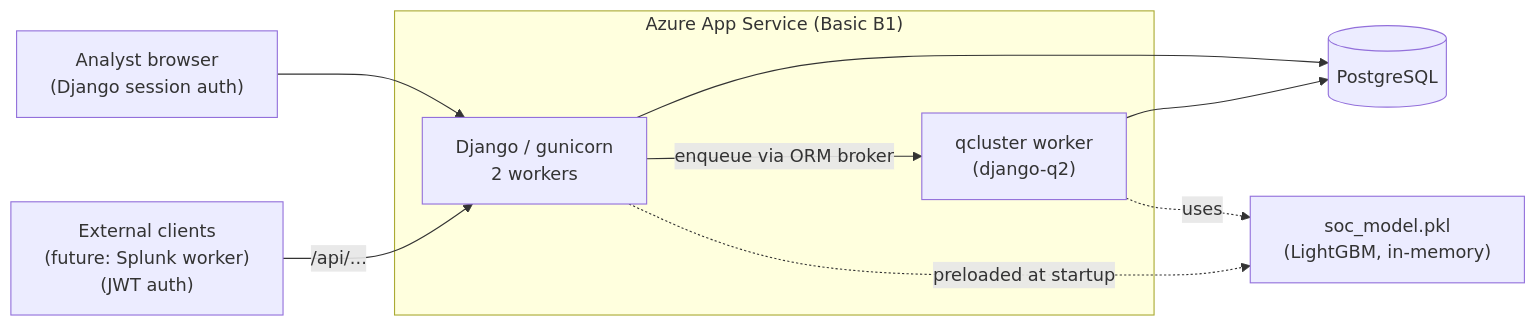
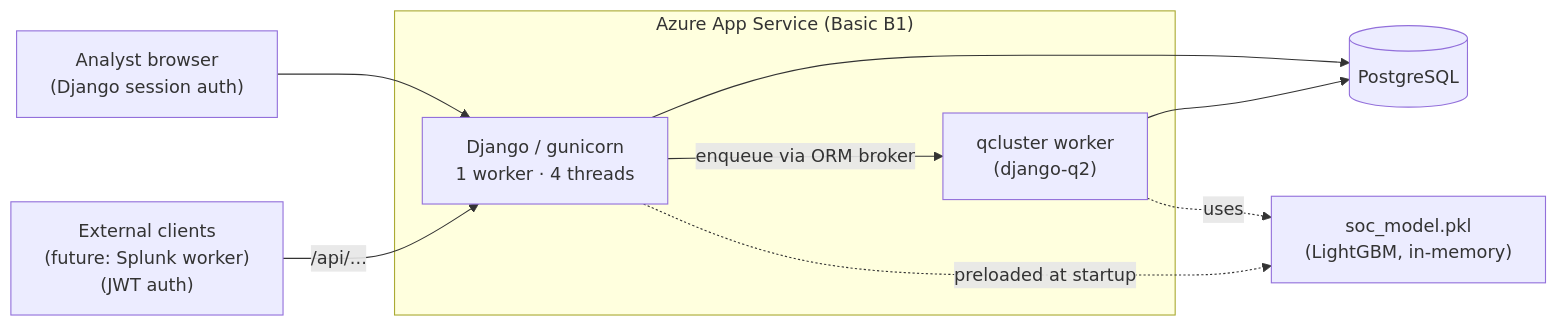
Before and after one commit to Carlou134/soc-alert-prioritization-ml: the first of 3 diagrams in docs/architecture.md, drawn with Mermaid. The commit also changed other lines of this file, not shown here.

Commit message:
docs(architecture): correct gunicorn worker count

````diff
--- a/docs/architecture.md
+++ b/docs/architecture.md
@@ -7,21 +7,21 @@
 ```mermaid
 flowchart LR
     Browser["Analyst browser<br/>(Django session auth)"]
     ExtClient["External clients<br/>(future: Splunk worker)<br/>(JWT auth)"]
 
     subgraph Azure["Azure App Service (Basic B1)"]
-        Gunicorn["Django / gunicorn<br/>2 workers"]
+        Gunicorn["Django / gunicorn<br/>1 worker · 4 threads"]
         QCluster["qcluster worker<br/>(django-q2)"]
     end
 
     DB[("PostgreSQL")]
     Model["soc_model.pkl<br/>(LightGBM, in-memory)"]
 
     Browser --> Gunicorn
     ExtClient -->|"/api/..."| Gunicorn
     Gunicorn --> DB
     Gunicorn -->|enqueue via ORM broker| QCluster
     QCluster --> DB
     Gunicorn -.preloaded at startup.-> Model
     QCluster -.uses.-> Model
 ```
````
